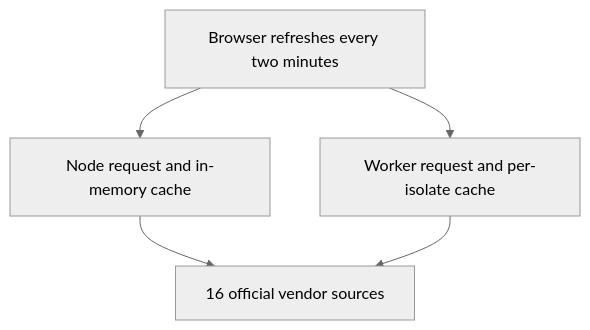
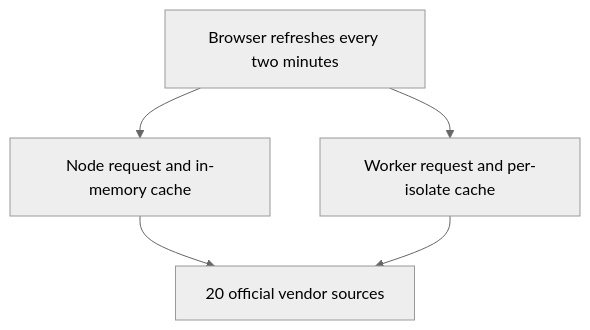
Before and after one commit to greenblacked/status-page: the diagram in README.md, drawn with Mermaid (neutral theme). The commit also changed other lines of this file and 44 other files, not shown here.

````diff
--- a/README.md
+++ b/README.md
@@ -124,11 +130,11 @@
 ```mermaid
 flowchart TB
-  vendors["16 official vendor sources"]
+  vendors["20 official vendor sources"]
   node["Node request and in-memory cache"]
   worker["Worker request and per-isolate cache"]
   browser["Browser refreshes every two minutes"]
   browser --> node
   browser --> worker
   node --> vendors
   worker --> vendors
 ```
````
